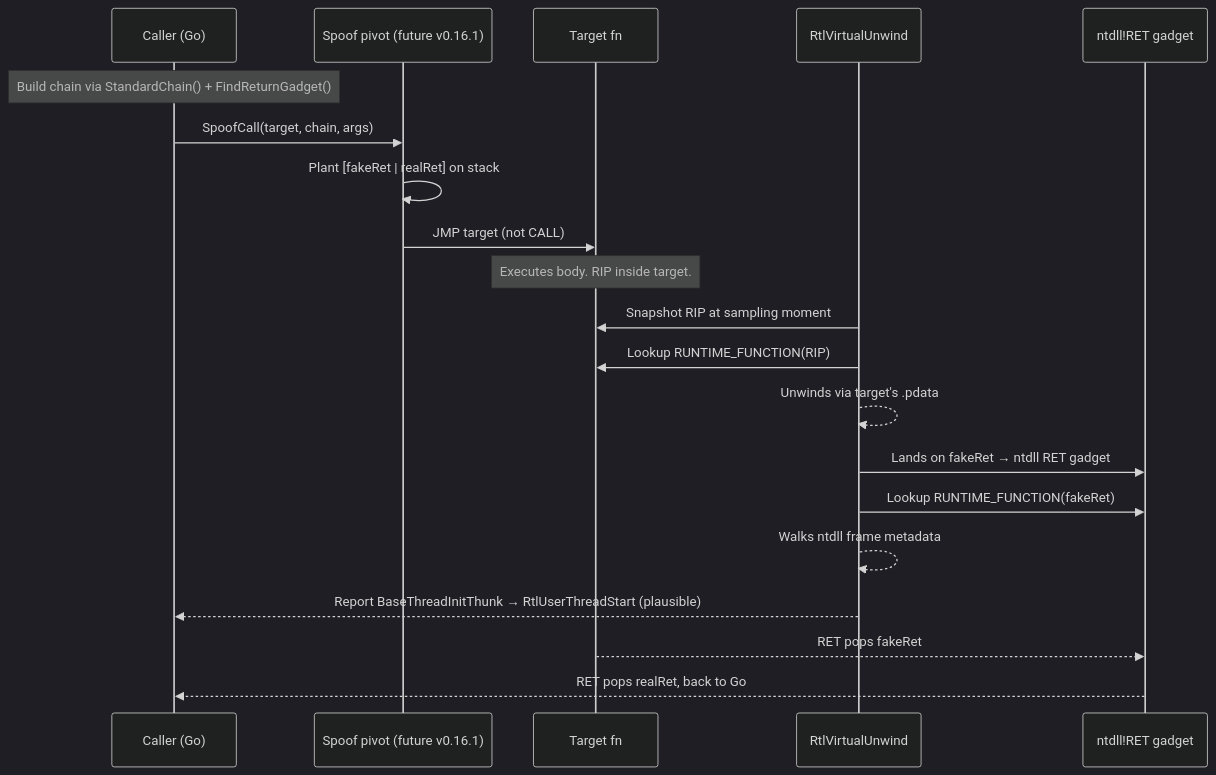
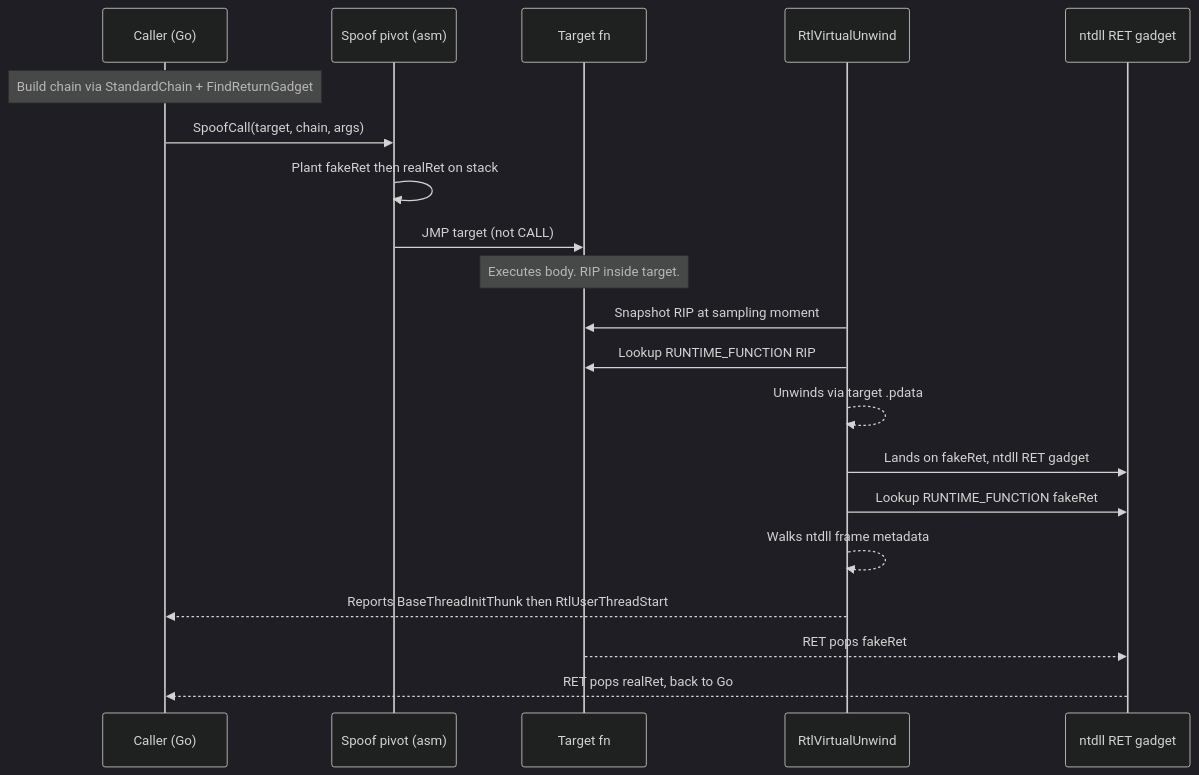
The diagram in docs/techniques/evasion/callstack-spoof.md (oioio-space/maldev), drawn with Mermaid (dark theme) before and after one commit. The commit also changed other lines of this file, not shown here.

First line of the commit message:
docs(mdbook): P1.7 step 2 — rewrite callstack-spoof.md to canonical template

````diff
--- a/docs/techniques/evasion/callstack-spoof.md
+++ b/docs/techniques/evasion/callstack-spoof.md
@@ -92,24 +45,24 @@
 ```mermaid
 sequenceDiagram
     participant G as Caller (Go)
-    participant S as Spoof pivot (future v0.16.1)
+    participant S as Spoof pivot (asm)
     participant T as Target fn
     participant W as RtlVirtualUnwind
-    participant N as ntdll!RET gadget
+    participant N as ntdll RET gadget
 
-    Note over G: Build chain via StandardChain() + FindReturnGadget()
+    Note over G: Build chain via StandardChain + FindReturnGadget
     G->>S: SpoofCall(target, chain, args)
-    S->>S: Plant [fakeRet | realRet] on stack
+    S->>S: Plant fakeRet then realRet on stack
     S->>T: JMP target (not CALL)
     Note over T: Executes body. RIP inside target.
     W->>T: Snapshot RIP at sampling moment
-    W->>T: Lookup RUNTIME_FUNCTION(RIP)
-    W-->>W: Unwinds via target's .pdata
-    W->>N: Lands on fakeRet → ntdll RET gadget
-    W->>N: Lookup RUNTIME_FUNCTION(fakeRet)
+    W->>T: Lookup RUNTIME_FUNCTION RIP
+    W-->>W: Unwinds via target .pdata
+    W->>N: Lands on fakeRet, ntdll RET gadget
+    W->>N: Lookup RUNTIME_FUNCTION fakeRet
     W-->>W: Walks ntdll frame metadata
-    W-->>G: Report BaseThreadInitThunk → RtlUserThreadStart (plausible)
+    W-->>G: Reports BaseThreadInitThunk then RtlUserThreadStart
 
     T-->>N: RET pops fakeRet
     N-->>G: RET pops realRet, back to Go
 ```
````
